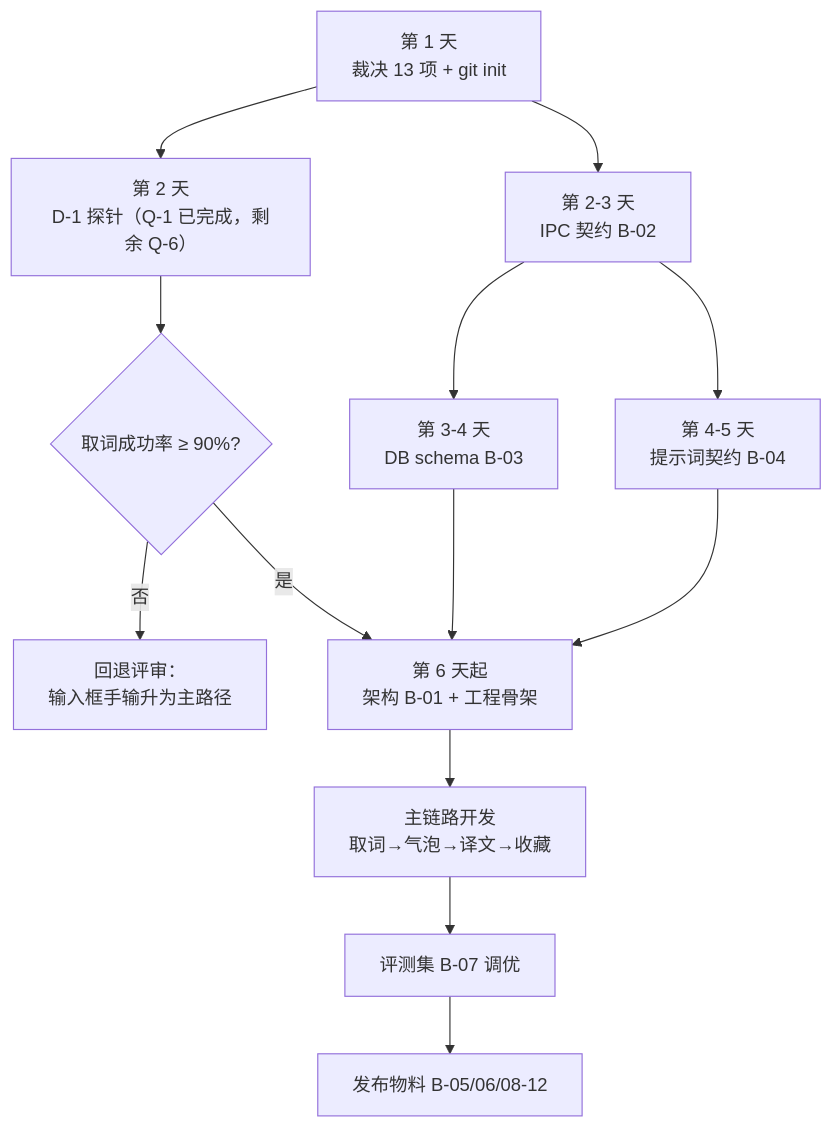
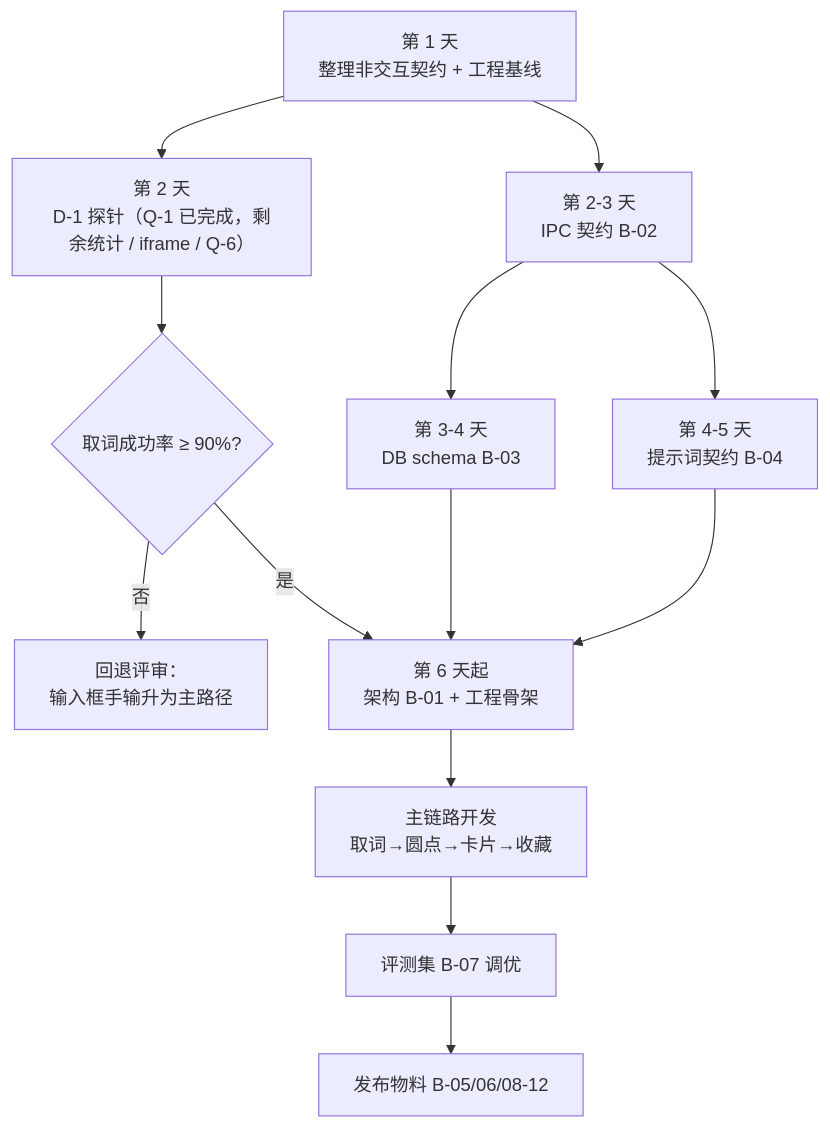
Before and after one commit to BanShan-Alec/Snapword: the diagram in docs/progress-checklist.md, drawn with Mermaid. The commit also changed other lines of this file and 7 other files, not shown here.

````diff
--- a/docs/progress-checklist.md
+++ b/docs/progress-checklist.md
@@ -161,15 +168,15 @@
 ```mermaid
 flowchart TD
-    A["第 1 天<br/>裁决 13 项 + git init"] --> B["第 2 天<br/>D-1 探针（Q-1 已完成，剩余 Q-6）"]
+    A["第 1 天<br/>整理非交互契约 + 工程基线"] --> B["第 2 天<br/>D-1 探针（Q-1 已完成，剩余统计 / iframe / Q-6）"]
     A --> C["第 2-3 天<br/>IPC 契约 B-02"]
     C --> D["第 3-4 天<br/>DB schema B-03"]
     C --> E["第 4-5 天<br/>提示词契约 B-04"]
     B --> F{"取词成功率 ≥ 90%?"}
     F -- 否 --> G["回退评审：<br/>输入框手输升为主路径"]
     F -- 是 --> H["第 6 天起<br/>架构 B-01 + 工程骨架"]
     D --> H
     E --> H
-    H --> I["主链路开发<br/>取词→气泡→译文→收藏"]
+    H --> I["主链路开发<br/>取词→圆点→卡片→收藏"]
     I --> J["评测集 B-07 调优"]
     J --> K["发布物料 B-05/06/08-12"]
 ```
````
